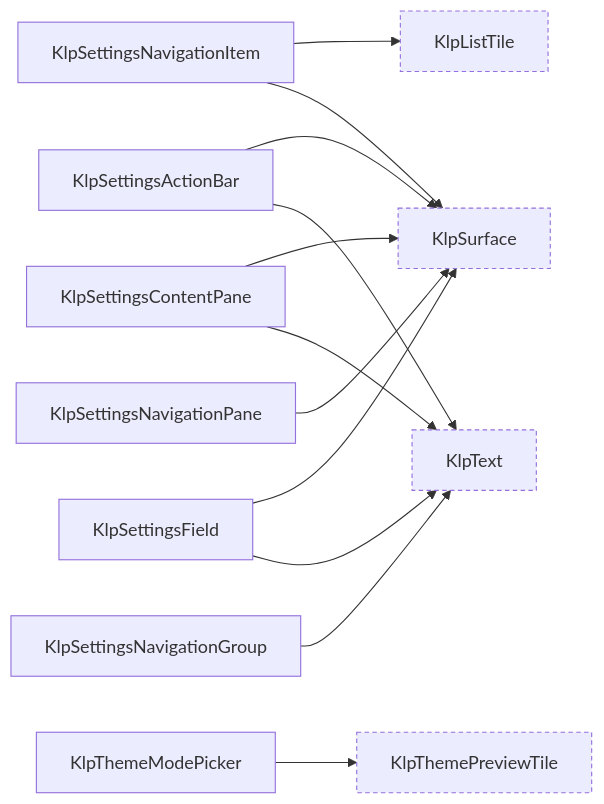
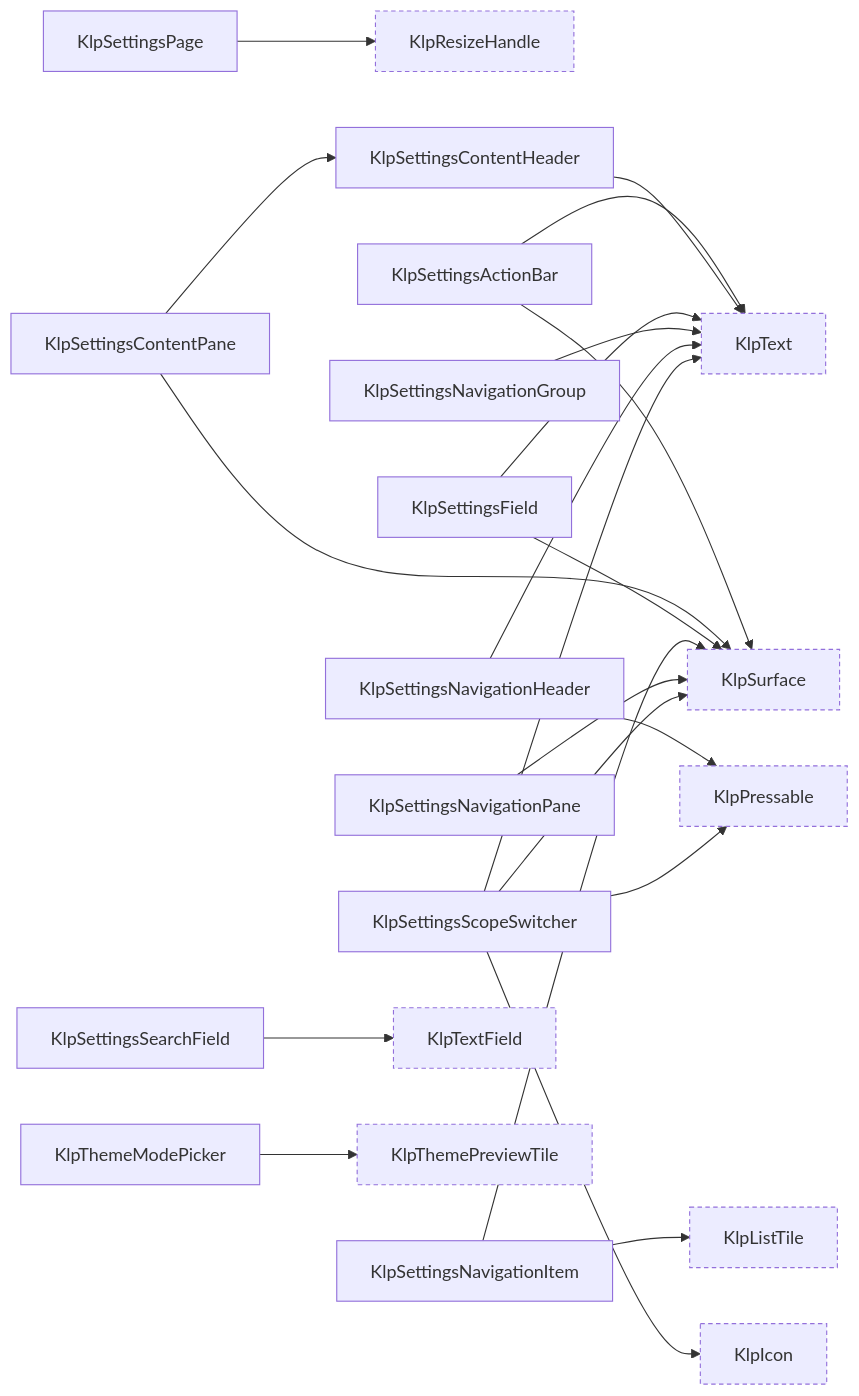
One commit to MiuDog/Kallopis changed diagram 17 of 18 in spec/component-inventory.md. Above: the diagram before and after it, drawn with Mermaid. The commit also changed other lines of this file and 266 other files, not shown here.

````diff
--- a/spec/component-inventory.md
+++ b/spec/component-inventory.md
@@ -1116,26 +1314,44 @@
 ```mermaid
 graph LR
+  KlpIcon["KlpIcon"]:::external
   KlpListTile["KlpListTile"]:::external
+  KlpPressable["KlpPressable"]:::external
+  KlpResizeHandle["KlpResizeHandle"]:::external
   KlpSettingsActionBar["KlpSettingsActionBar"]
+  KlpSettingsContentHeader["KlpSettingsContentHeader"]
   KlpSettingsContentPane["KlpSettingsContentPane"]
   KlpSettingsField["KlpSettingsField"]
   KlpSettingsNavigationGroup["KlpSettingsNavigationGroup"]
+  KlpSettingsNavigationHeader["KlpSettingsNavigationHeader"]
   KlpSettingsNavigationItem["KlpSettingsNavigationItem"]
   KlpSettingsNavigationPane["KlpSettingsNavigationPane"]
+  KlpSettingsPage["KlpSettingsPage"]
+  KlpSettingsScopeSwitcher["KlpSettingsScopeSwitcher"]
+  KlpSettingsSearchField["KlpSettingsSearchField"]
   KlpSurface["KlpSurface"]:::external
   KlpText["KlpText"]:::external
+  KlpTextField["KlpTextField"]:::external
   KlpThemeModePicker["KlpThemeModePicker"]
   KlpThemePreviewTile["KlpThemePreviewTile"]:::external
   KlpSettingsActionBar --> KlpSurface
   KlpSettingsActionBar --> KlpText
+  KlpSettingsContentHeader --> KlpText
+  KlpSettingsContentPane --> KlpSettingsContentHeader
   KlpSettingsContentPane --> KlpSurface
-  KlpSettingsContentPane --> KlpText
   KlpSettingsField --> KlpSurface
   KlpSettingsField --> KlpText
   KlpSettingsNavigationGroup --> KlpText
+  KlpSettingsNavigationHeader --> KlpPressable
+  KlpSettingsNavigationHeader --> KlpText
   KlpSettingsNavigationItem --> KlpListTile
   KlpSettingsNavigationItem --> KlpSurface
   KlpSettingsNavigationPane --> KlpSurface
+  KlpSettingsPage --> KlpResizeHandle
+  KlpSettingsScopeSwitcher --> KlpIcon
+  KlpSettingsScopeSwitcher --> KlpPressable
+  KlpSettingsScopeSwitcher --> KlpSurface
+  KlpSettingsScopeSwitcher --> KlpText
+  KlpSettingsSearchField --> KlpTextField
   KlpThemeModePicker --> KlpThemePreviewTile
   classDef external stroke-dasharray: 4 3;
 ```
````
